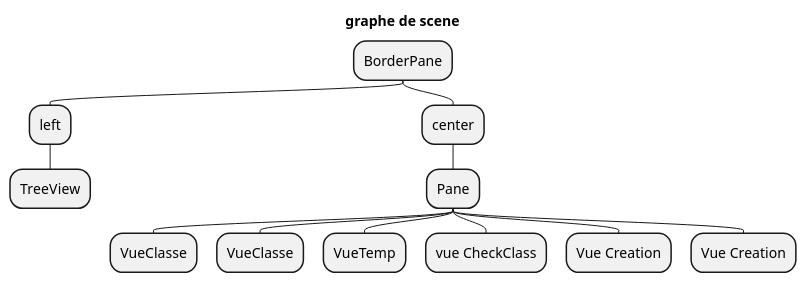
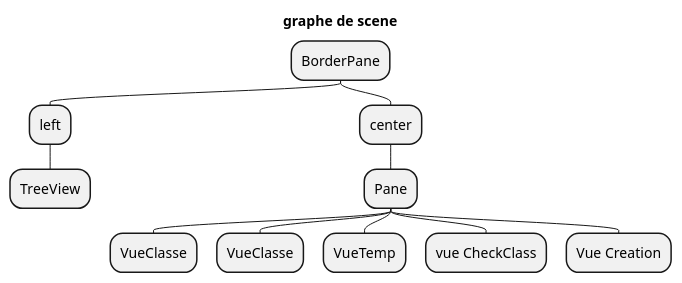
Before and after one commit to dardenne8u/ObjectAid_SAE: the diagram in document/Second_sprint/graph_de_scene.puml, drawn with PlantUML.

Commit message:
graph_de_scene.puml

```diff
--- a/document/Second_sprint/graph_de_scene.puml
+++ b/document/Second_sprint/graph_de_scene.puml
@@ -1,20 +1,18 @@
 @startmindmap
 'https://plantuml.com/mindmap-diagram
 top to bottom direction
 
 title graphe de scene
 
 * BorderPane
 ** left
 *** TreeView
 ** center
 *** Pane
 **** VueClasse
 **** VueClasse
 **** VueTemp
 **** vue CheckClass
 **** Vue Creation
-**** Vue Creation
-
 
 @endmindmap
```
